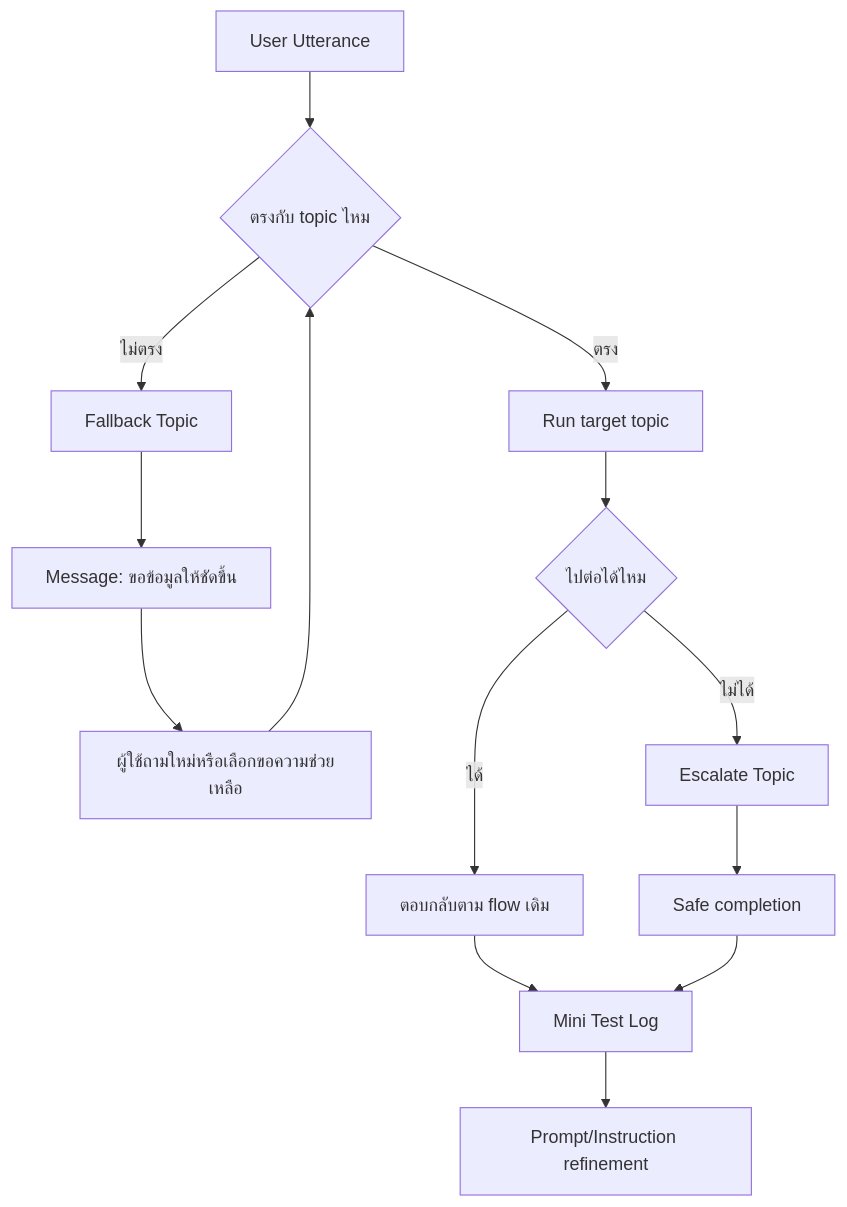
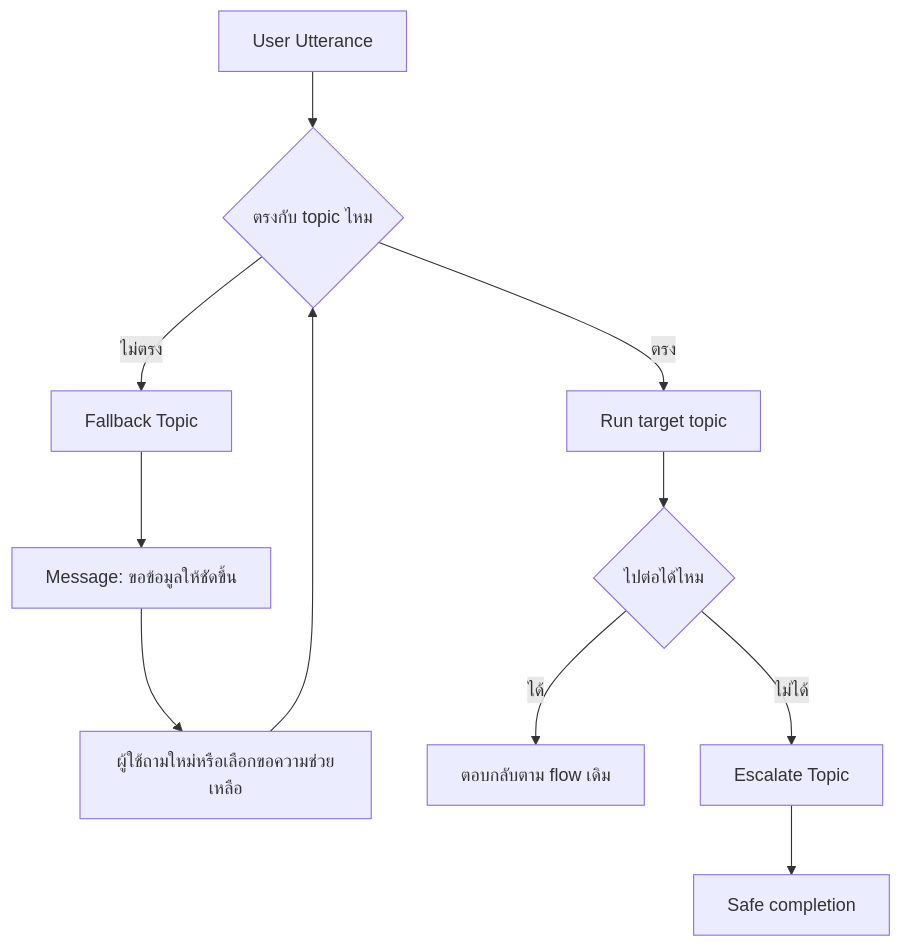
One commit to teerasej/SET-ai-creation-public changed the diagram in exercises/module-5/exercise-1-fallback-and-mini-test/README.md. Above: the diagram before and after it, drawn with Mermaid. The commit also changed other lines of this file and 5 other files, not shown here.

````diff
--- a/exercises/module-5/exercise-1-fallback-and-mini-test/README.md
+++ b/exercises/module-5/exercise-1-fallback-and-mini-test/README.md
@@ -9,16 +9,13 @@
 ```mermaid
 flowchart TD
     A[User Utterance] --> B{ตรงกับ topic ไหม}
     B -->|ตรง| C[Run target topic]
     B -->|ไม่ตรง| D[Fallback Topic]
     D --> E[Message: ขอข้อมูลให้ชัดขึ้น]
     E --> F[ผู้ใช้ถามใหม่หรือเลือกขอความช่วยเหลือ]
     F --> B
     C --> G{ไปต่อได้ไหม}
     G -->|ได้| H[ตอบกลับตาม flow เดิม]
     G -->|ไม่ได้| I[Escalate Topic]
     I --> J[Safe completion]
-    H --> K[Mini Test Log]
-    J --> K
-    K --> L[Prompt/Instruction refinement]
 ```
````
